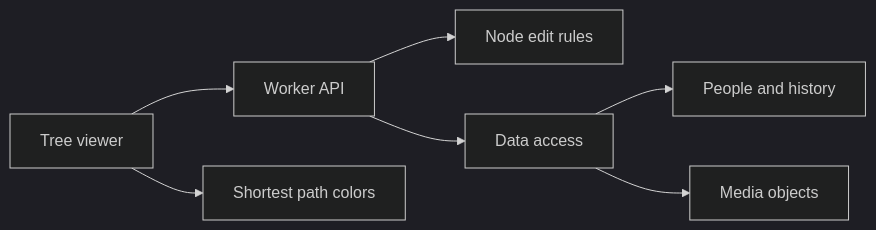
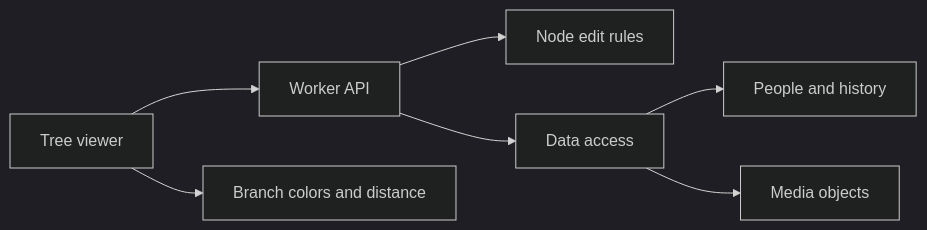
The diagram in docs/state/README.md (michael-kato/ancestree), drawn with Mermaid (dark theme) before and after one commit. The commit also changed other lines of this file and 10 other files, not shown here.

````diff
--- a/docs/state/README.md
+++ b/docs/state/README.md
@@ -21,9 +22,9 @@
 ```mermaid
 flowchart LR
     Browser[Tree viewer] --> API[Worker API]
     API --> Locks[Node edit rules]
     API --> Store[Data access]
     Store --> D1[People and history]
     Store --> R2[Media objects]
-    Browser --> Colors[Shortest path colors]
+    Browser --> Colors[Branch colors and distance]
 ```
````
